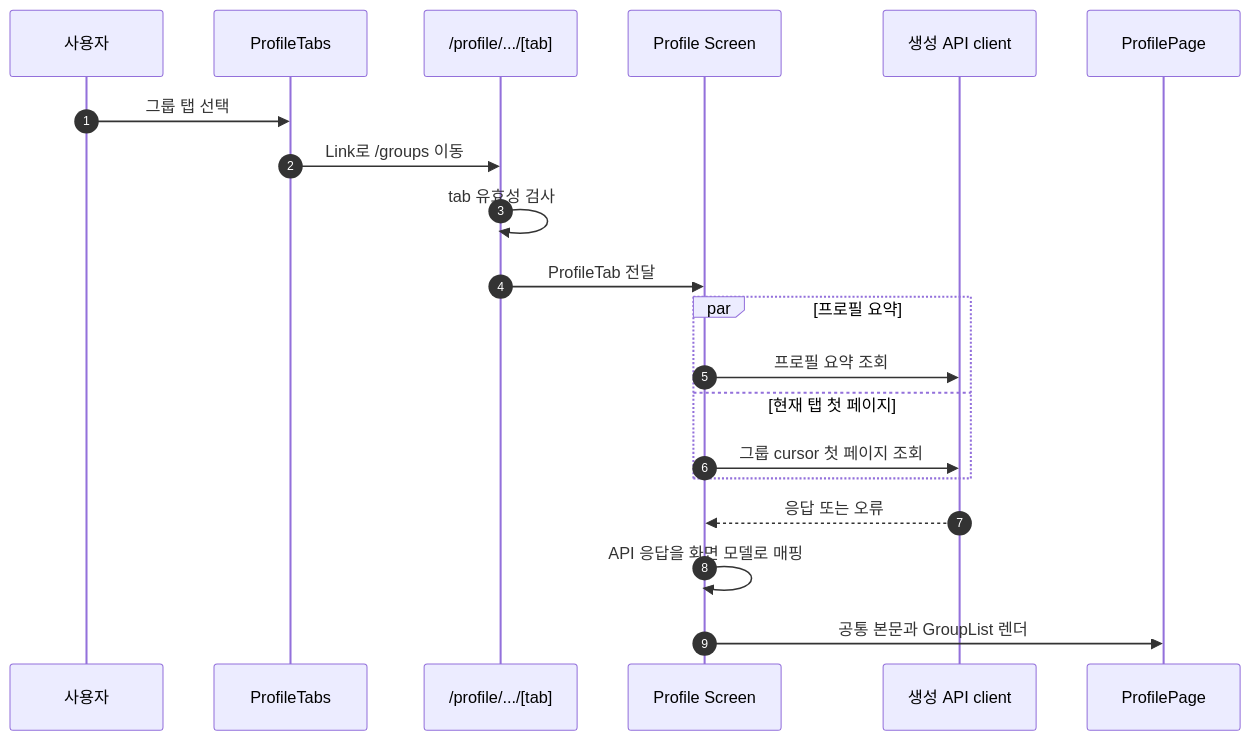
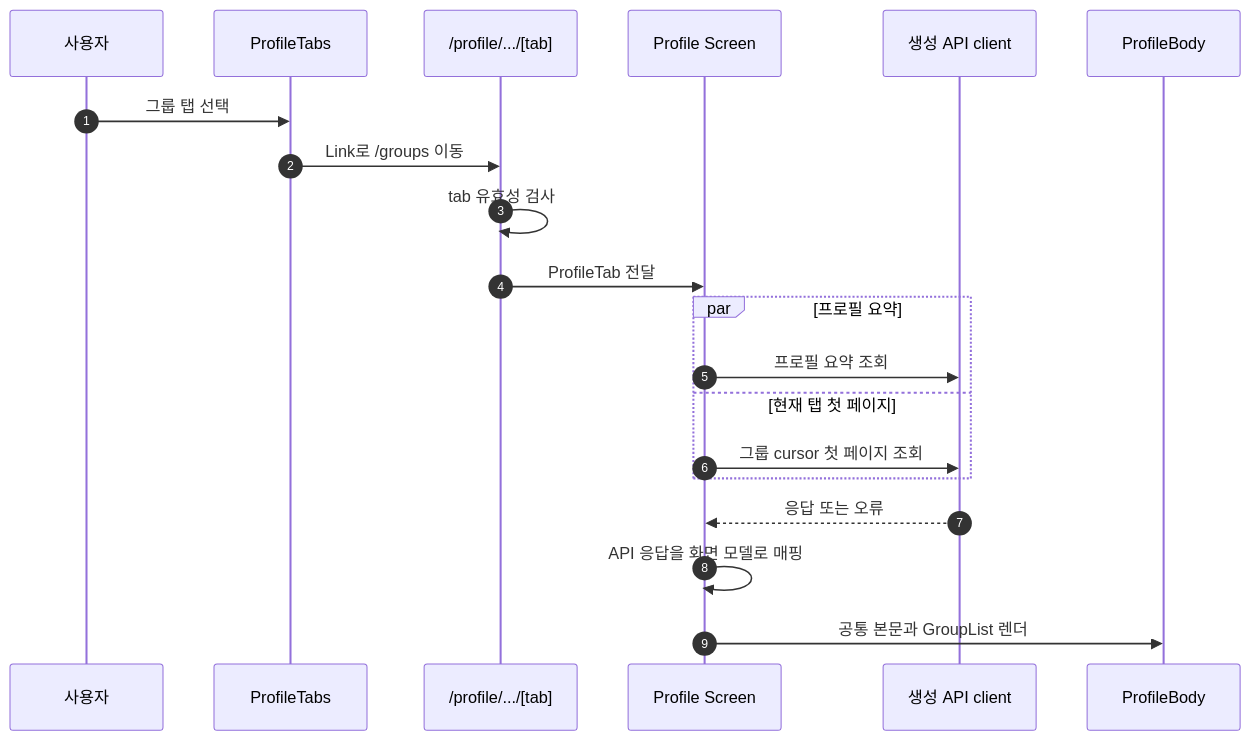
One commit to mash-up-kr/TMT-FE changed the second of 4 diagrams in docs/profile-flow-design.md. Above: the diagram before and after it, drawn with Mermaid. The commit also changed other lines of this file and 27 other files, not shown here.

````diff
--- a/docs/profile-flow-design.md
+++ b/docs/profile-flow-design.md
@@ -160,23 +160,23 @@
 ```mermaid
 sequenceDiagram
     autonumber
     participant U as 사용자
     participant T as ProfileTabs
     participant R as /profile/.../[tab]
     participant S as Profile Screen
     participant API as 생성 API client
-    participant P as ProfilePage
+    participant P as ProfileBody
 
     U->>T: 그룹 탭 선택
     T->>R: Link로 /groups 이동
     R->>R: tab 유효성 검사
     R->>S: ProfileTab 전달
     par 프로필 요약
         S->>API: 프로필 요약 조회
     and 현재 탭 첫 페이지
         S->>API: 그룹 cursor 첫 페이지 조회
     end
     API-->>S: 응답 또는 오류
     S->>S: API 응답을 화면 모델로 매핑
     S->>P: 공통 본문과 GroupList 렌더
 ```
````
